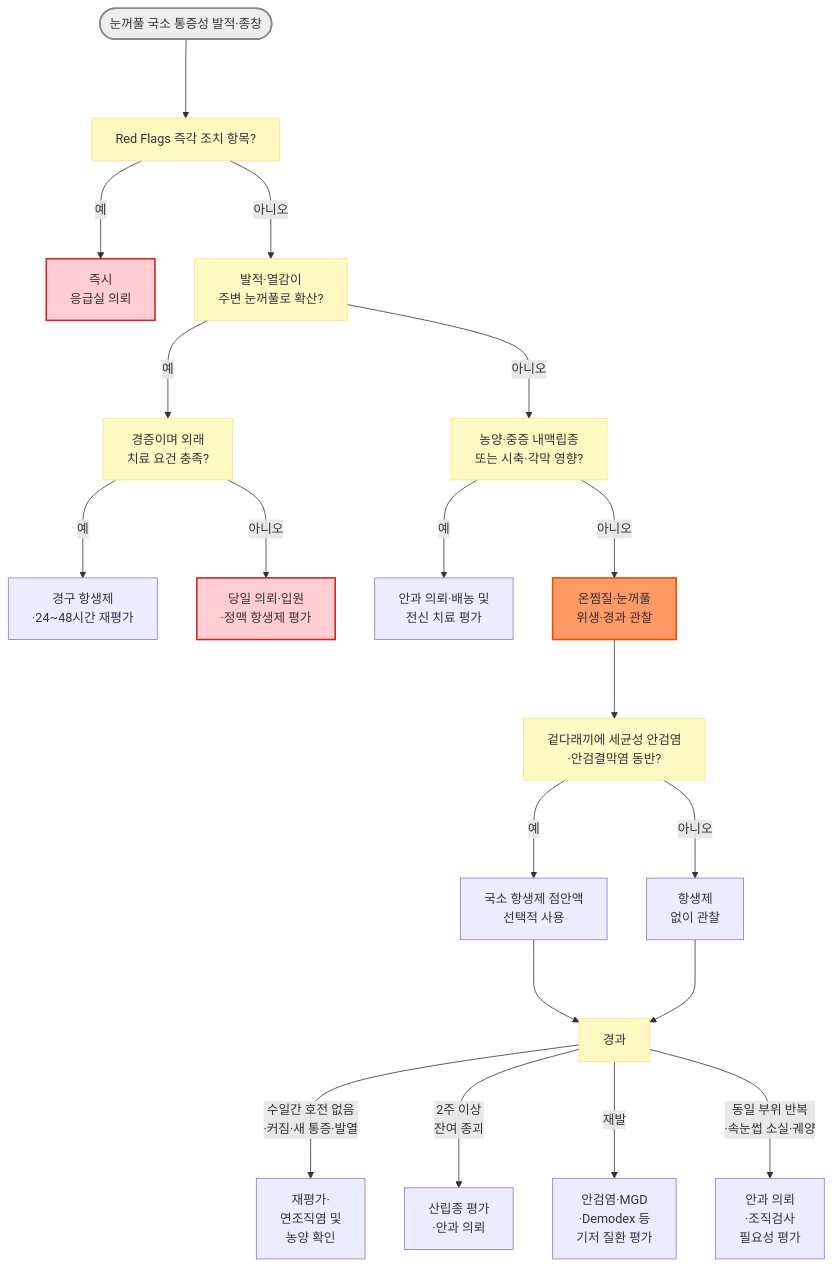
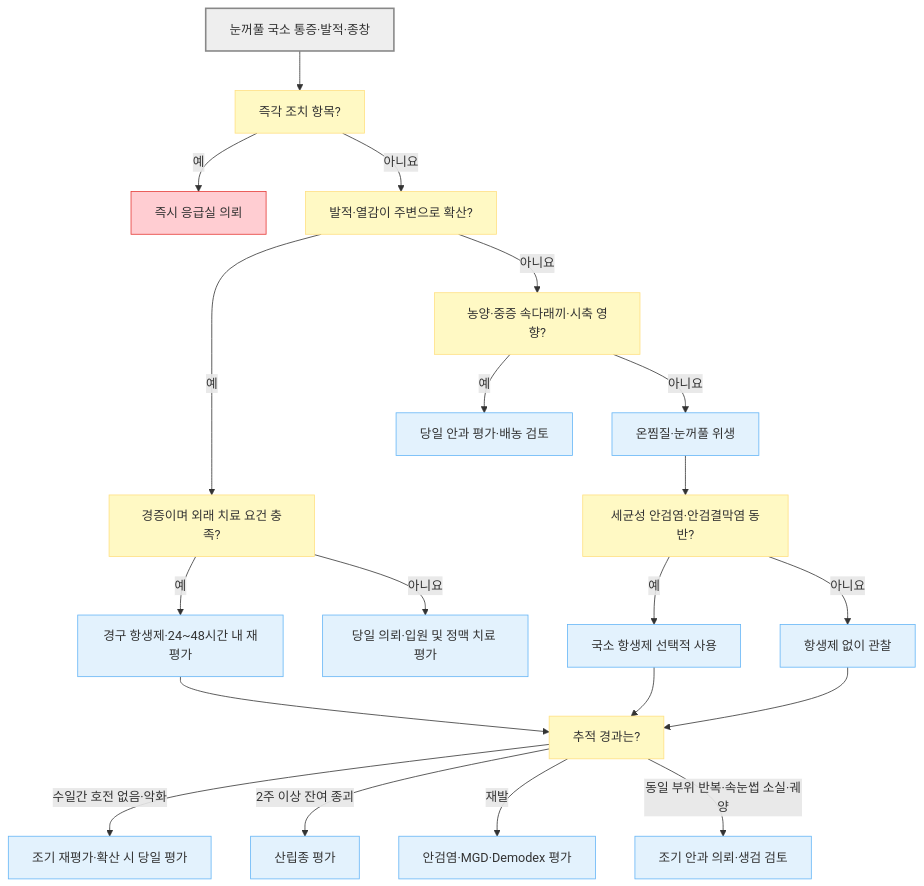
Before and after one commit to familyoh77/familyoh77: the diagram in 222_/040_-hordeolum.md, drawn with Mermaid. The commit also changed other lines of this file and 9 other files, not shown here.

````diff
--- a/222_/040_-hordeolum.md
+++ b/222_/040_-hordeolum.md
@@ -89,29 +89,30 @@
 ```mermaid
-graph TD
-    Start(["눈꺼풀 국소 통증성 발적·종창"]) ---> Q1["Red Flags 즉각 조치 항목?"]
-    Q1 --->|예| ER["즉시 <br>응급실 의뢰"]
-    Q1 --->|아니오| Q2["발적·열감이 <br>주변 눈꺼풀로 확산?"]
-    Q2 --->|예| Q2b["경증이며 외래 <br>치료 요건 충족?"]
-    Q2b --->|예| PS["경구 항생제<br>·24~48시간 재평가"]
-    Q2b --->|아니오| ADM["당일 의뢰·입원<br>·정맥 항생제 평가"]
-    Q2 --->|아니오| Q3["농양·중증 내맥립종 <br>또는 시축·각막 영향?"]
-    Q3 --->|예| ID["안과 의뢰·배농 및 <br>전신 치료 평가"]
-    Q3 --->|아니오| HC["온찜질·눈꺼풀 <br>위생·경과 관찰"]
-    HC ---> Q4["겉다래끼에 세균성 안검염<br>·안검결막염 동반?"]
-    Q4 --->|예| TA["국소 항생제 점안액 <br>선택적 사용"]
-    Q4 --->|아니오| OBS["항생제 <br>없이 관찰"]
-    TA ---> Q5["경과"]
-    OBS ---> Q5
-    Q5 --->|"수일간 호전 없음<br>·커짐·새 통증·발열"| RE["재평가·<br>연조직염 및 <br>농양 확인"]
-    Q5 --->|"2주 이상 <br>잔여 종괴"| CH["산립종 평가<br>·안과 의뢰"]
-    Q5 --->|"재발"| RC["안검염·MGD<br>·Demodex 등 <br>기저 질환 평가"]
-    Q5 --->|"동일 부위 반복<br>·속눈썹 소실·궤양"| MAL["안과 의뢰<br>·조직검사 <br>필요성 평가"]
-    style Start fill:#eeeeee,stroke:#888888,stroke-width:2px
-    classDef yellow fill:#fff9c4,stroke:#ffe082
-    class Q1,Q2,Q2b,Q3,Q4,Q5 yellow
-    style HC fill:#f96,stroke:#e65100,stroke-width:2px
-    style ER fill:#ffcdd2,stroke:#c62828,stroke-width:2px
-    style ADM fill:#ffcdd2,stroke:#c62828,stroke-width:2px
-
-
+flowchart TD
+    Start["눈꺼풀 국소 통증·발적·종창"] --> Q1["즉각 조치 항목?"]
+    Q1 -- "예" --> ER["즉시 응급실 의뢰"]
+    Q1 -- "아니요" --> Q2["발적·열감이 주변으로 확산?"]
+    Q2 -- "예" --> Q2b["경증이며 외래 치료 요건 충족?"]
+    Q2b -- "예" --> PS["경구 항생제·24~48시간 내 재평가"]
+    Q2b -- "아니요" --> ADM["당일 의뢰·입원 및 정맥 치료 평가"]
+    Q2 -- "아니요" --> Q3["농양·중증 속다래끼·시축 영향?"]
+    Q3 -- "예" --> ID["당일 안과 평가·배농 검토"]
+    Q3 -- "아니요" --> HC["온찜질·눈꺼풀 위생"]
+    HC --> Q4["세균성 안검염·안검결막염 동반?"]
+    Q4 -- "예" --> TA["국소 항생제 선택적 사용"]
+    Q4 -- "아니요" --> OBS["항생제 없이 관찰"]
+    TA --> Q5["추적 경과는?"]
+    OBS --> Q5
+    PS --> Q5
+    Q5 -- "수일간 호전 없음·악화" --> RE["조기 재평가·확산 시 당일 평가"]
+    Q5 -- "2주 이상 잔여 종괴" --> CH["산립종 평가"]
+    Q5 -- "재발" --> RC["안검염·MGD·Demodex 평가"]
+    Q5 -- "동일 부위 반복·속눈썹 소실·궤양" --> MAL["조기 안과 의뢰·생검 검토"]
+    classDef start fill:#eeeeee,stroke:#888888,stroke-width:2px
+    classDef question fill:#fff9c4,stroke:#ffe082
+    classDef emergency fill:#ffcdd2,stroke:#e53935
+    classDef treatment fill:#e3f2fd,stroke:#64b5f6
+    class Start start
+    class Q1,Q2,Q2b,Q3,Q4,Q5 question
+    class ER emergency
+    class ADM,ID,PS,HC,TA,OBS,RE,CH,RC,MAL treatment
 ```
````
